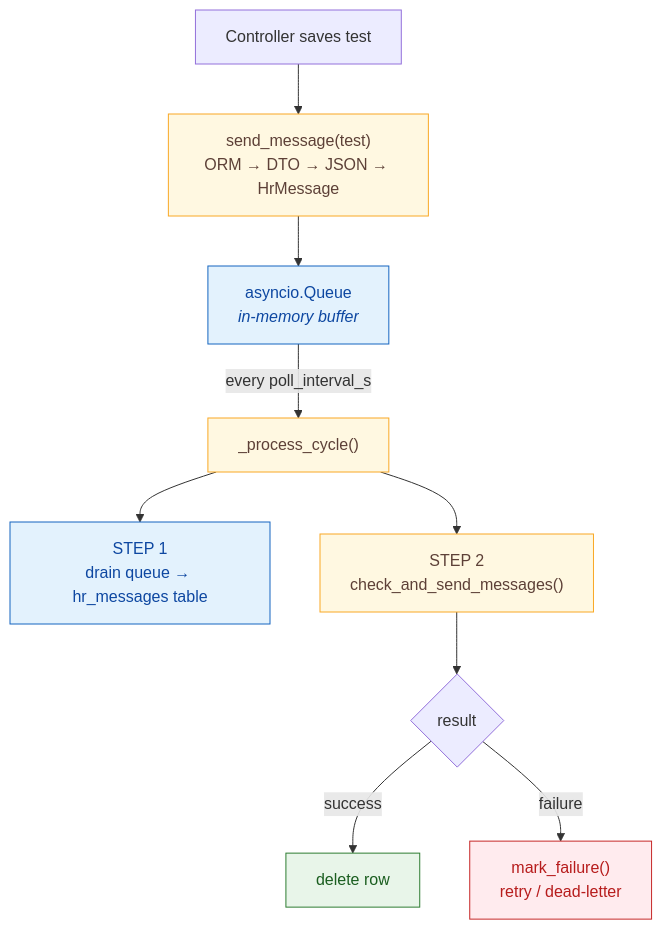
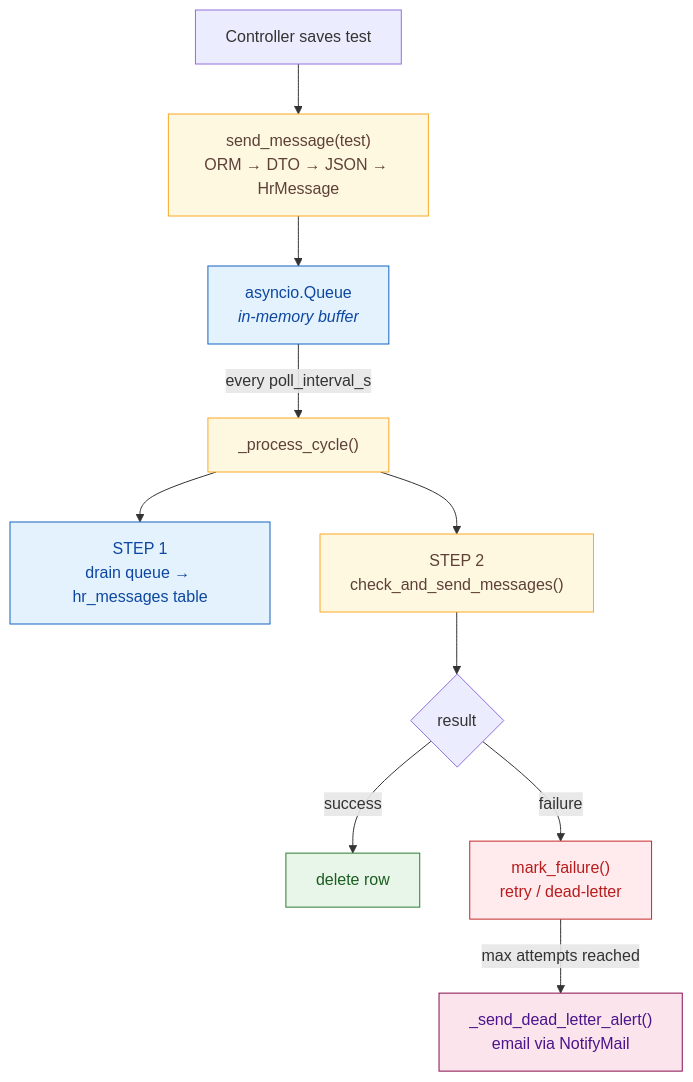
One commit to BenoitGoethals/WarriorFit changed the diagram in docs/architecture/broker.md. Above: the diagram before and after it, drawn with Mermaid. The commit also changed other lines of this file and 2 other files, not shown here.

````diff
--- a/docs/architecture/broker.md
+++ b/docs/architecture/broker.md
@@ -14,20 +14,23 @@
 ```mermaid
 flowchart TD
     A[Controller saves test] --> B["send_message(test)<br/>ORM → DTO → JSON → HrMessage"]
     B --> C[asyncio.Queue<br/><i>in-memory buffer</i>]
     C -- "every poll_interval_s" --> D["_process_cycle()"]
     D --> E["STEP 1<br/>drain queue → hr_messages table"]
     D --> F["STEP 2<br/>check_and_send_messages()"]
     F --> G{result}
     G -- success --> H[delete row]
     G -- failure --> I["mark_failure()<br/>retry / dead-letter"]
+    I -- "max attempts reached" --> J["_send_dead_letter_alert()<br/>email via NotifyMail"]
 
     classDef store fill:#e3f2fd,stroke:#1565c0,color:#0d47a1;
     classDef action fill:#fff8e1,stroke:#f9a825,color:#5d4037;
     classDef ok fill:#e8f5e9,stroke:#2e7d32,color:#1b5e20;
     classDef fail fill:#ffebee,stroke:#c62828,color:#b71c1c;
+    classDef alert fill:#fce4ec,stroke:#880e4f,color:#4a148c;
     class C,E store
     class B,D,F action
     class H ok
     class I fail
+    class J alert
 ```
````
